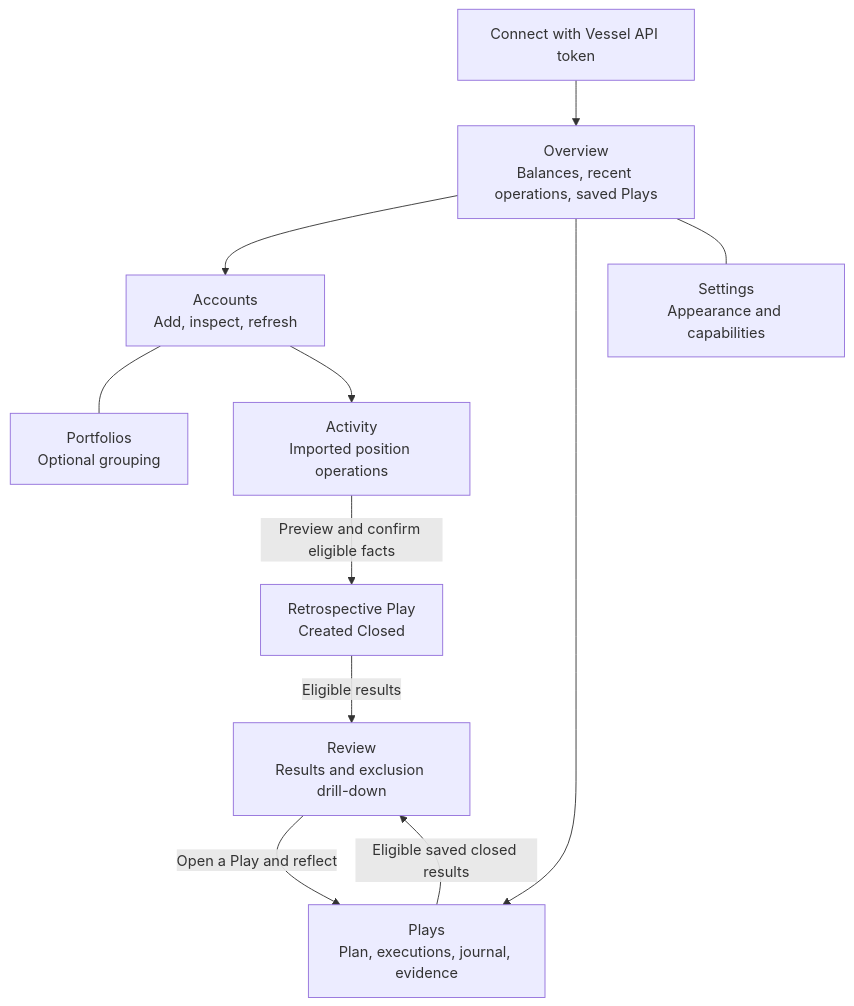
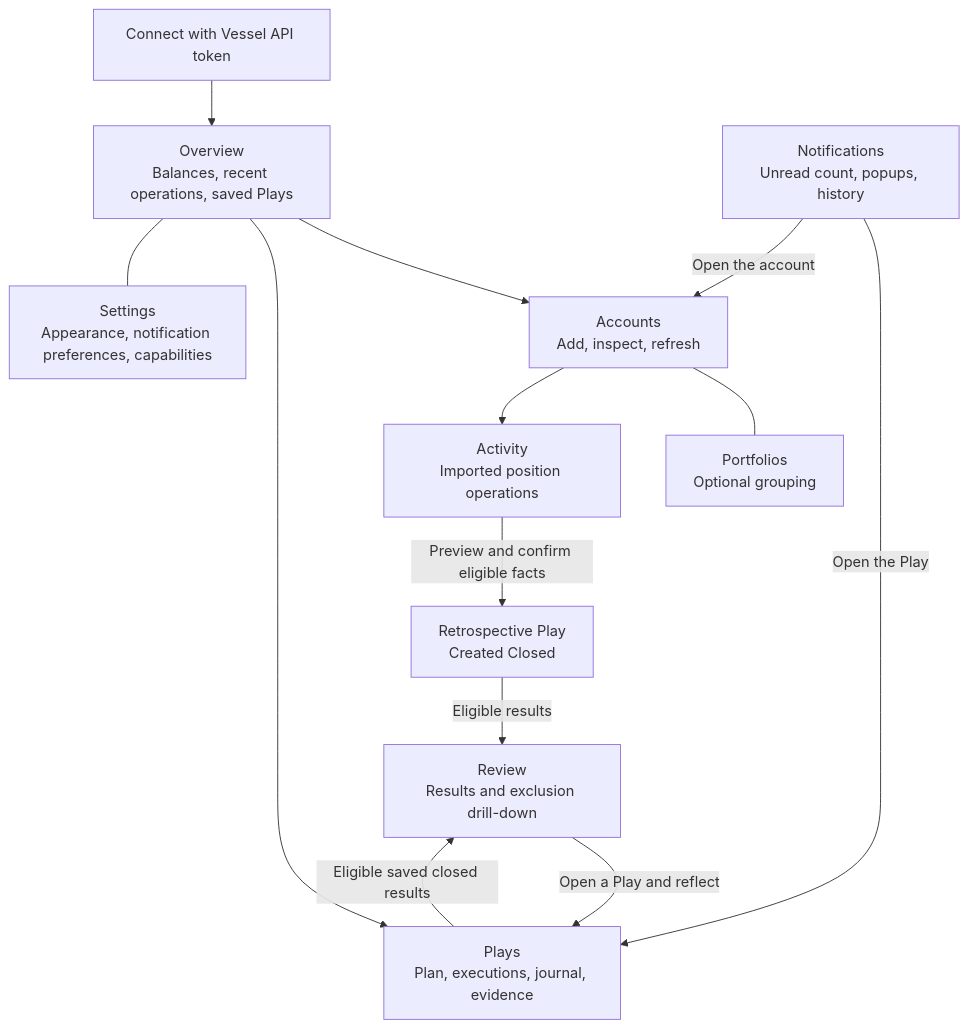
Before and after one commit to jcarcaboso/vessel: the first of 4 diagrams in docs/diagrams/app-status.md, drawn with Mermaid. The commit also changed other lines of this file and 14 other files, not shown here.

First line of the commit message:
fix: hold the account while a Play is created on it

````diff
--- a/docs/diagrams/app-status.md
+++ b/docs/diagrams/app-status.md
@@ -12,13 +11,15 @@
 ```mermaid
 flowchart TD
     Connect["Connect with Vessel API token"] --> Overview["Overview<br/>Balances, recent operations, saved Plays"]
     Overview --> Accounts["Accounts<br/>Add, inspect, refresh"]
     Accounts --- Portfolios["Portfolios<br/>Optional grouping"]
     Accounts --> Activity["Activity<br/>Imported position operations"]
     Overview --> Plays["Plays<br/>Plan, executions, journal, evidence"]
     Activity -->|"Preview and confirm eligible facts"| Retro["Retrospective Play<br/>Created Closed"]
     Plays -->|"Eligible saved closed results"| Review["Review<br/>Results and exclusion drill-down"]
     Retro -->|"Eligible results"| Review
     Review -->|"Open a Play and reflect"| Plays
-    Overview --- Settings["Settings<br/>Appearance and capabilities"]
+    Notifications["Notifications<br/>Unread count, popups, history"] -->|"Open the Play"| Plays
+    Notifications -->|"Open the account"| Accounts
+    Overview --- Settings["Settings<br/>Appearance, notification preferences, capabilities"]
 ```
````
